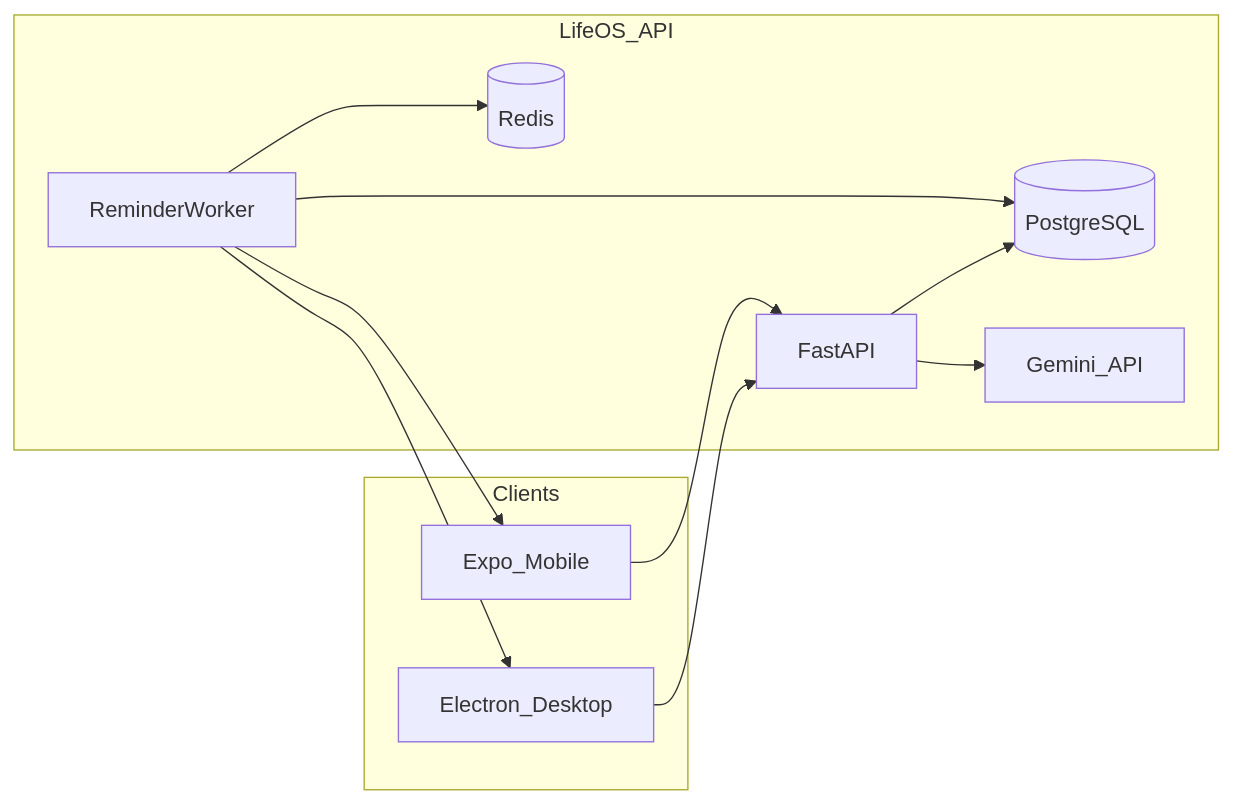
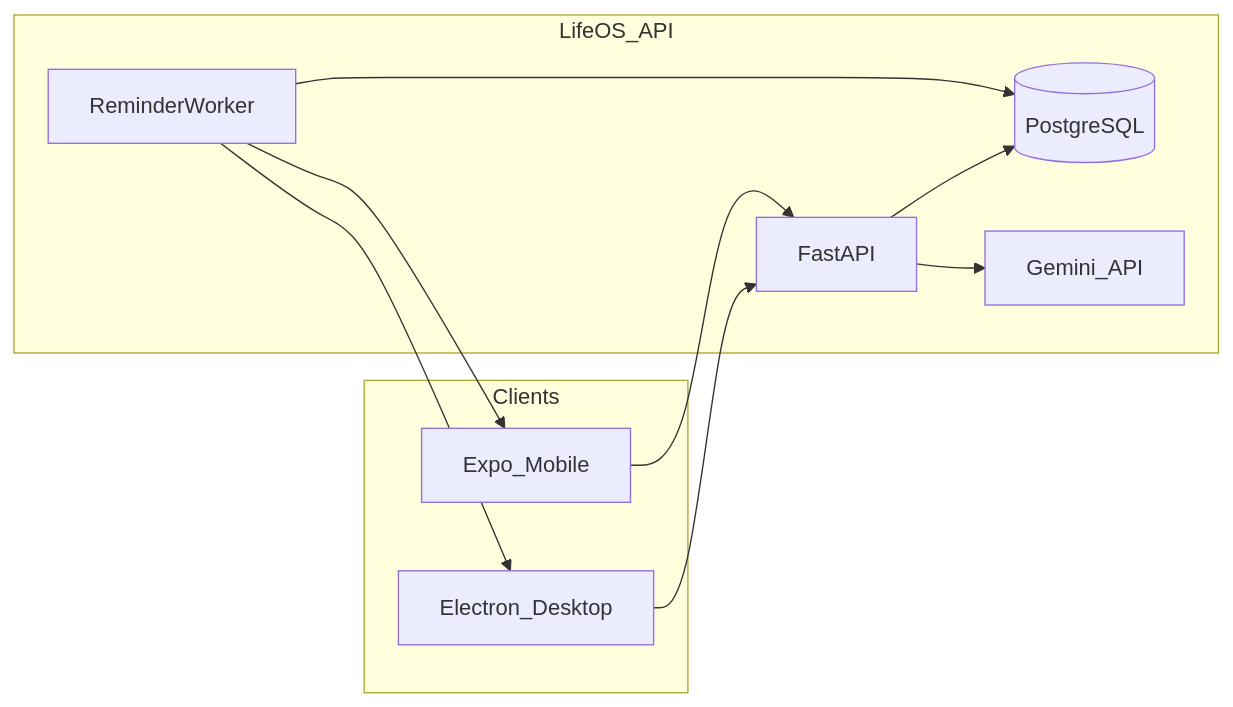
The diagram in plan.md (LifeAssitant/LifeOS), drawn with Mermaid before and after one commit. The commit also changed other lines of this file and 8 other files, not shown here.

````diff
--- a/plan.md
+++ b/plan.md
@@ -23,22 +23,20 @@
 ```mermaid
 flowchart LR
   subgraph clients [Clients]
     Mobile[Expo_Mobile]
     Desktop[Electron_Desktop]
   end
   subgraph backend [LifeOS_API]
     API[FastAPI]
     Worker[ReminderWorker]
     DB[(PostgreSQL)]
-    Queue[(Redis)]
     Gemini[Gemini_API]
   end
   Mobile --> API
   Desktop --> API
   API --> DB
   API --> Gemini
-  Worker --> Queue
   Worker --> DB
   Worker --> Mobile
   Worker --> Desktop
 ```
````
